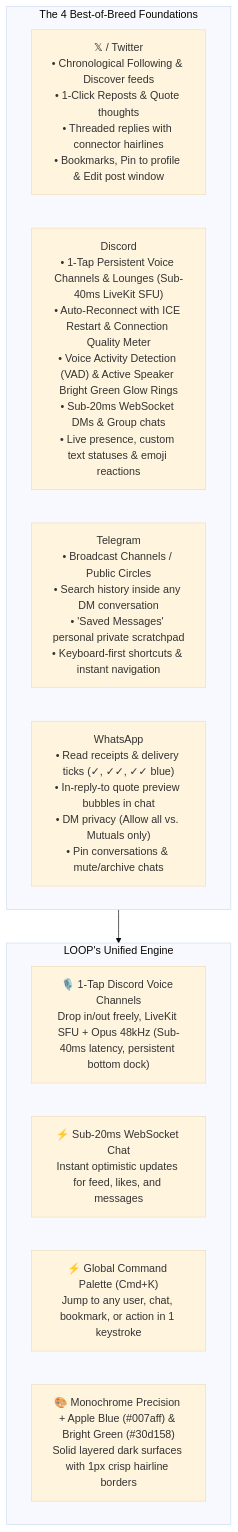
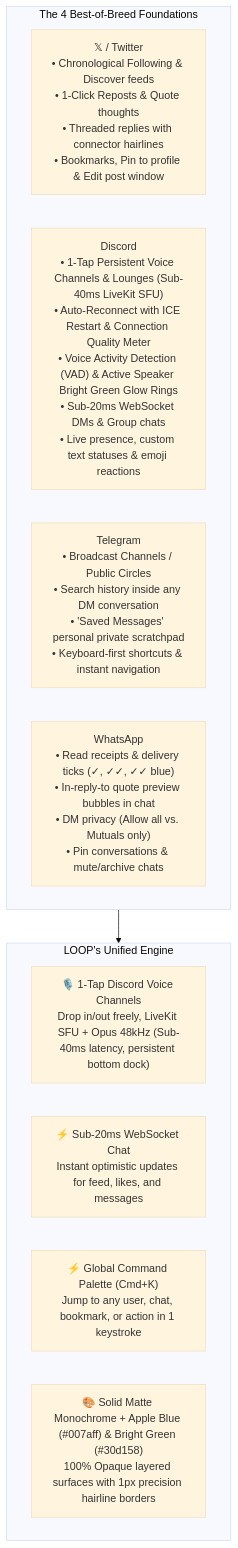
One commit to vineetkishore01/Loop changed the first of 3 diagrams in plan.md. Above: the diagram before and after it, drawn with Mermaid (base theme). The commit also changed other lines of this file, not shown here.

Commit message:
design: cement 100% solid matte dark UI, zero glassmorphism

````diff
--- a/plan.md
+++ b/plan.md
@@ -9,18 +9,18 @@
 ```mermaid
 flowchart TD
     subgraph Giants ["The 4 Best-of-Breed Foundations"]
         X["𝕏 / Twitter\n• Chronological Following & Discover feeds\n• 1-Click Reposts & Quote thoughts\n• Threaded replies with connector hairlines\n• Bookmarks, Pin to profile & Edit post window"]
         Discord["Discord\n• 1-Tap Persistent Voice Channels & Lounges (Sub-40ms LiveKit SFU)\n• Auto-Reconnect with ICE Restart & Connection Quality Meter\n• Voice Activity Detection (VAD) & Active Speaker Bright Green Glow Rings\n• Sub-20ms WebSocket DMs & Group chats\n• Live presence, custom text statuses & emoji reactions"]
         Telegram["Telegram\n• Broadcast Channels / Public Circles\n• Search history inside any DM conversation\n• 'Saved Messages' personal private scratchpad\n• Keyboard-first shortcuts & instant navigation"]
         WhatsApp["WhatsApp\n• Read receipts & delivery ticks (✓, ✓✓, ✓✓ blue)\n• In-reply-to quote preview bubbles in chat\n• DM privacy (Allow all vs. Mutuals only)\n• Pin conversations & mute/archive chats"]
     end
 
     subgraph ProductCore ["LOOP's Unified Engine"]
         Voice["🎙️ 1-Tap Discord Voice Channels\nDrop in/out freely, LiveKit SFU + Opus 48kHz (Sub-40ms latency, persistent bottom dock)"]
         Speed["⚡ Sub-20ms WebSocket Chat\nInstant optimistic updates for feed, likes, and messages"]
         Palette["⚡ Global Command Palette (Cmd+K)\nJump to any user, chat, bookmark, or action in 1 keystroke"]
-        Design["🎨 Monochrome Precision + Apple Blue (#007aff) & Bright Green (#30d158)\nSolid layered dark surfaces with 1px crisp hairline borders"]
+        Design["🎨 Solid Matte Monochrome + Apple Blue (#007aff) & Bright Green (#30d158)\n100% Opaque layered surfaces with 1px precision hairline borders"]
     end
 
     Giants --> ProductCore
 ```
````
